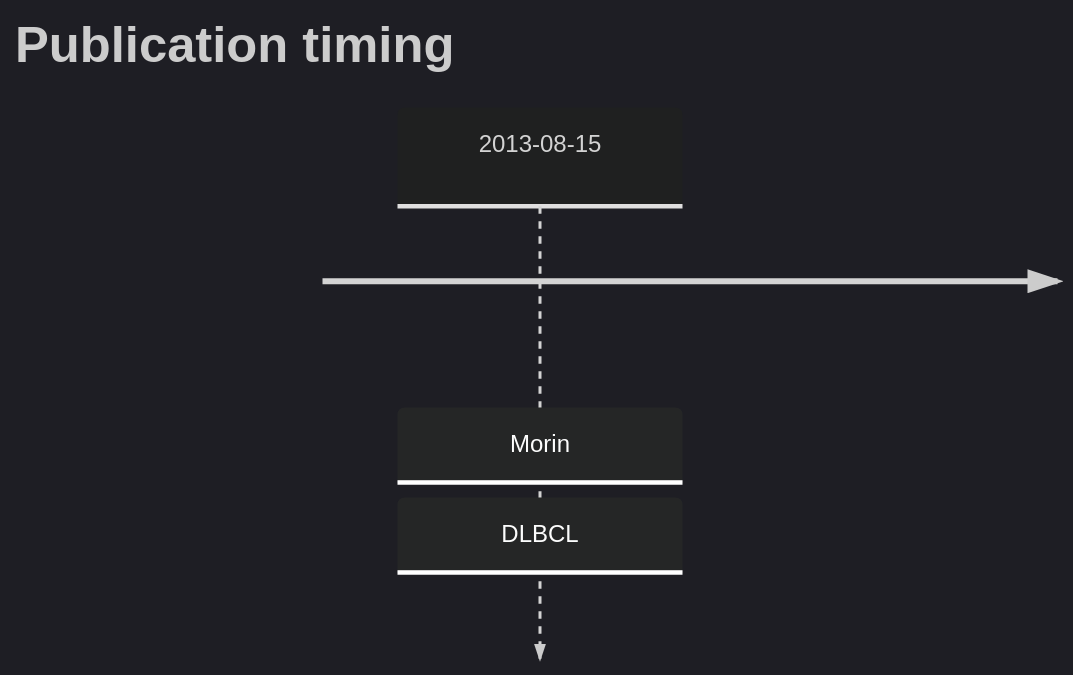
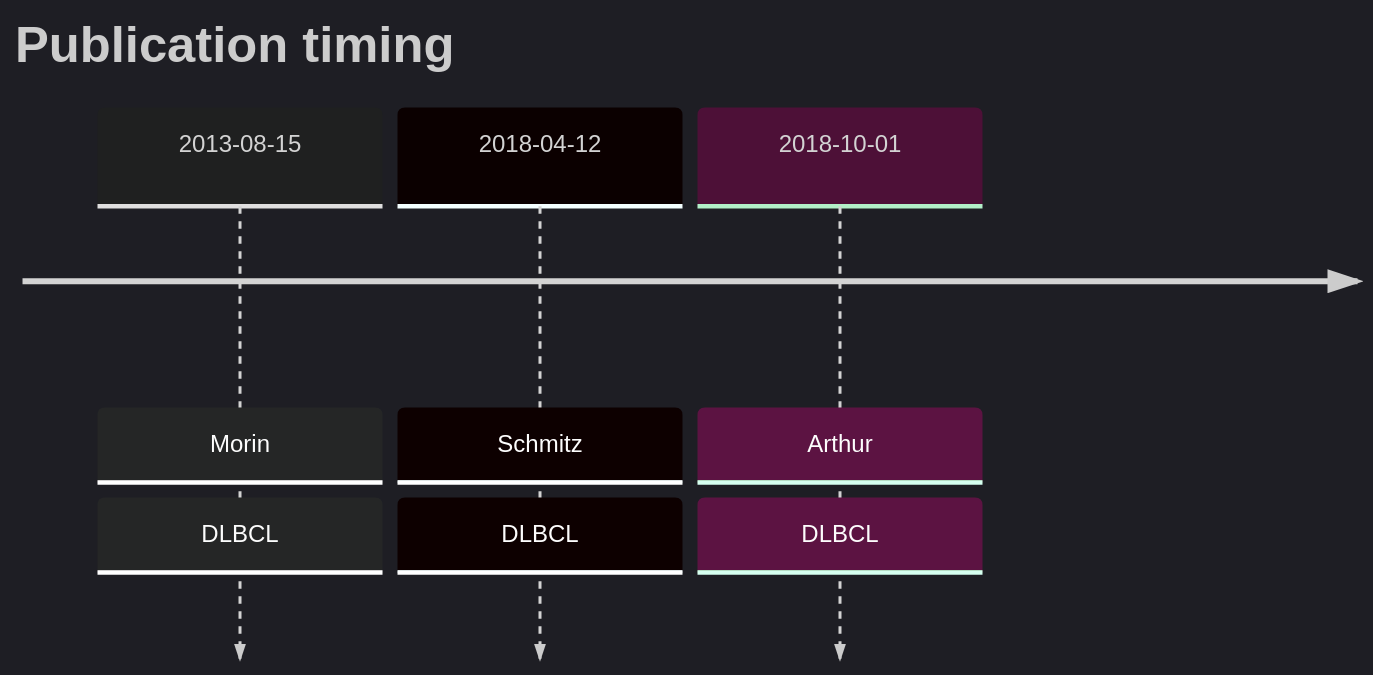
One commit to morinlab/lymphopedia changed the diagram in MPEG1.md. Above: the diagram before and after it, drawn with Mermaid. The commit also changed other lines of this file, not shown here.

````diff
--- a/MPEG1.md
+++ b/MPEG1.md
@@ -12,6 +12,8 @@
 ```mermaid
 %%{init: { 'logLevel': 'debug', 'theme': 'dark' } }%%
 timeline
     title Publication timing
       2013-08-15 : Morin : DLBCL
+2018-04-12 : Schmitz : DLBCL
+2018-10-01 : Arthur : DLBCL
 ```
````
